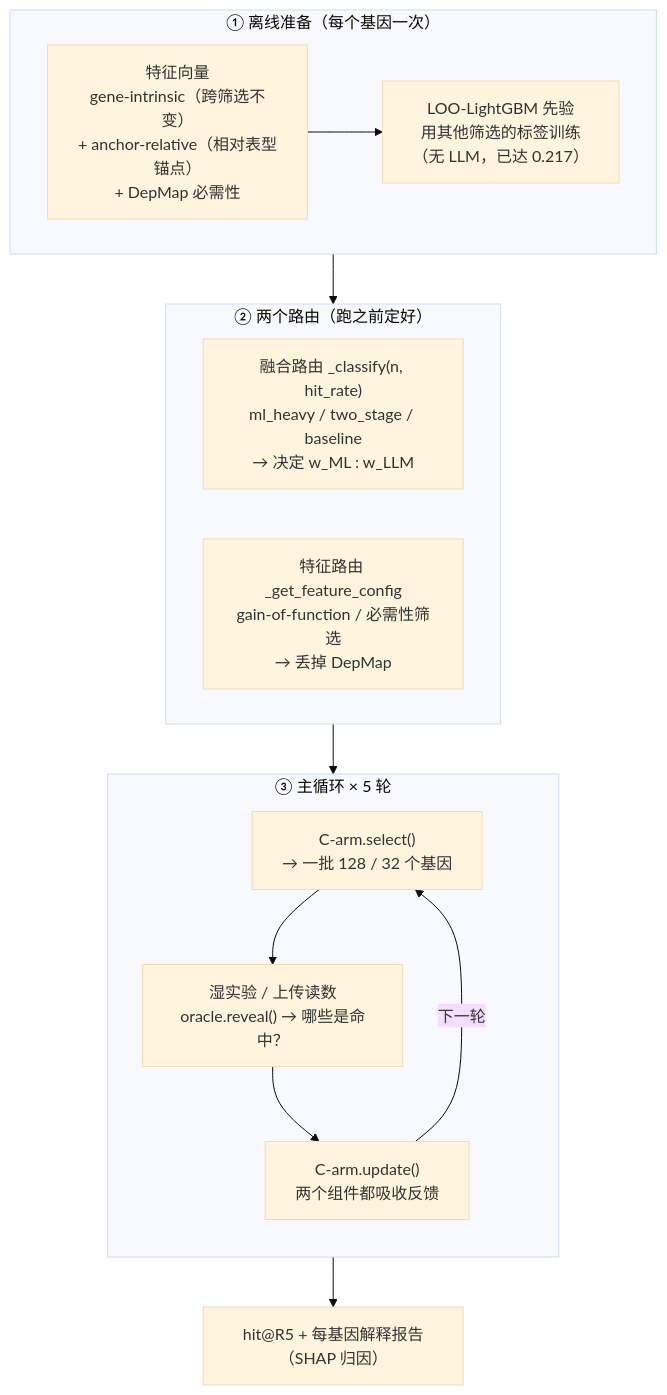
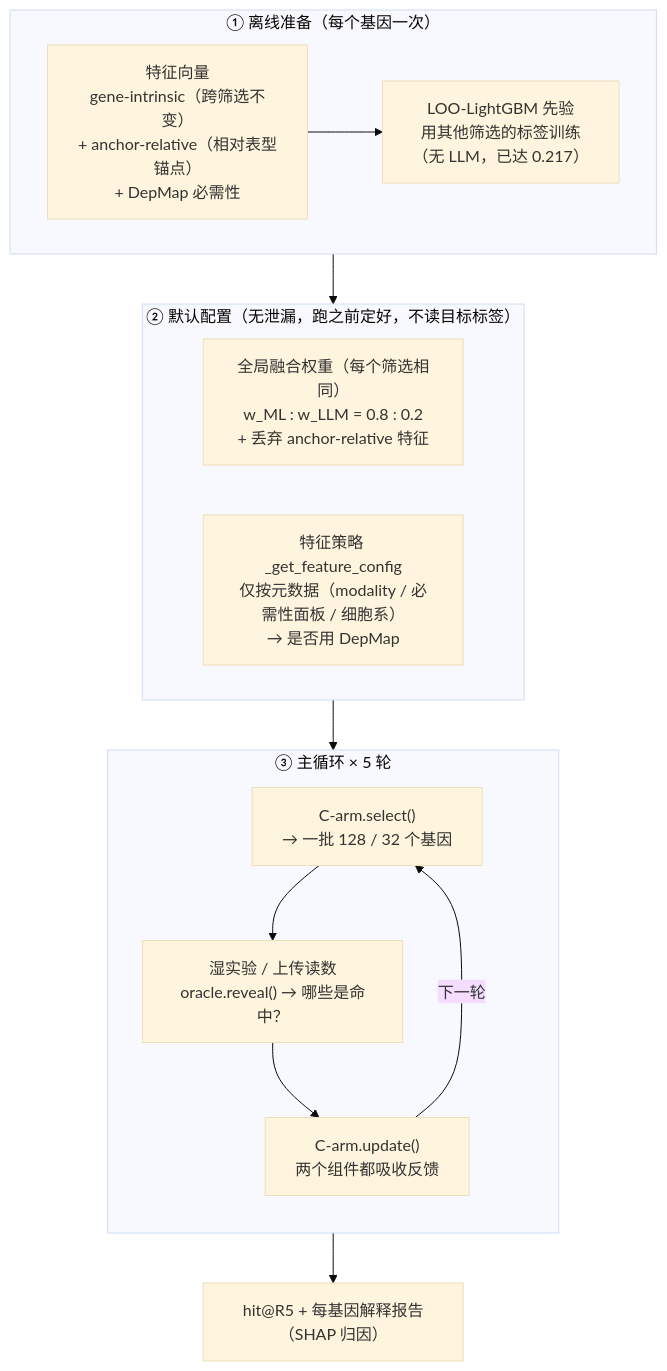
Before and after one commit to duerksenorteltdl133-netizen/WANDDINGTON: the first of 3 diagrams in docs/algorithm_flow.md, drawn with Mermaid (base theme). The commit also changed other lines of this file and 9 other files, not shown here.

````diff
--- a/docs/algorithm_flow.md
+++ b/docs/algorithm_flow.md
@@ -16,29 +17,29 @@
 ```mermaid
 flowchart TB
   subgraph prep["① 离线准备（每个基因一次）"]
     direction LR
     feat["特征向量<br/>gene-intrinsic（跨筛选不变）<br/>+ anchor-relative（相对表型锚点）<br/>+ DepMap 必需性"]
     prior["LOO-LightGBM 先验<br/>用其他筛选的标签训练<br/>（无 LLM，已达 0.217）"]
     feat --> prior
   end
 
   prep --> route
 
-  subgraph route["② 两个路由（跑之前定好）"]
+  subgraph route["② 默认配置（无泄漏，跑之前定好，不读目标标签）"]
     direction LR
-    r1["融合路由 _classify(n, hit_rate)<br/>ml_heavy / two_stage / baseline<br/>→ 决定 w_ML : w_LLM"]
-    r2["特征路由 _get_feature_config<br/>gain-of-function / 必需性筛选<br/>→ 丢掉 DepMap"]
+    r1["全局融合权重（每个筛选相同）<br/>w_ML : w_LLM = 0.8 : 0.2<br/>+ 丢弃 anchor-relative 特征"]
+    r2["特征策略 _get_feature_config<br/>仅按元数据（modality / 必需性面板 / 细胞系）<br/>→ 是否用 DepMap"]
   end
 
   route --> loop
 
   subgraph loop["③ 主循环 × 5 轮"]
     direction TB
     sel["C-arm.select()<br/>→ 一批 128 / 32 个基因"]
     rev["湿实验 / 上传读数<br/>oracle.reveal() → 哪些是命中？"]
     upd["C-arm.update()<br/>两个组件都吸收反馈"]
     sel --> rev --> upd -->|下一轮| sel
   end
 
   loop --> out["hit@R5 + 每基因解释报告（SHAP 归因）"]
 ```
````
